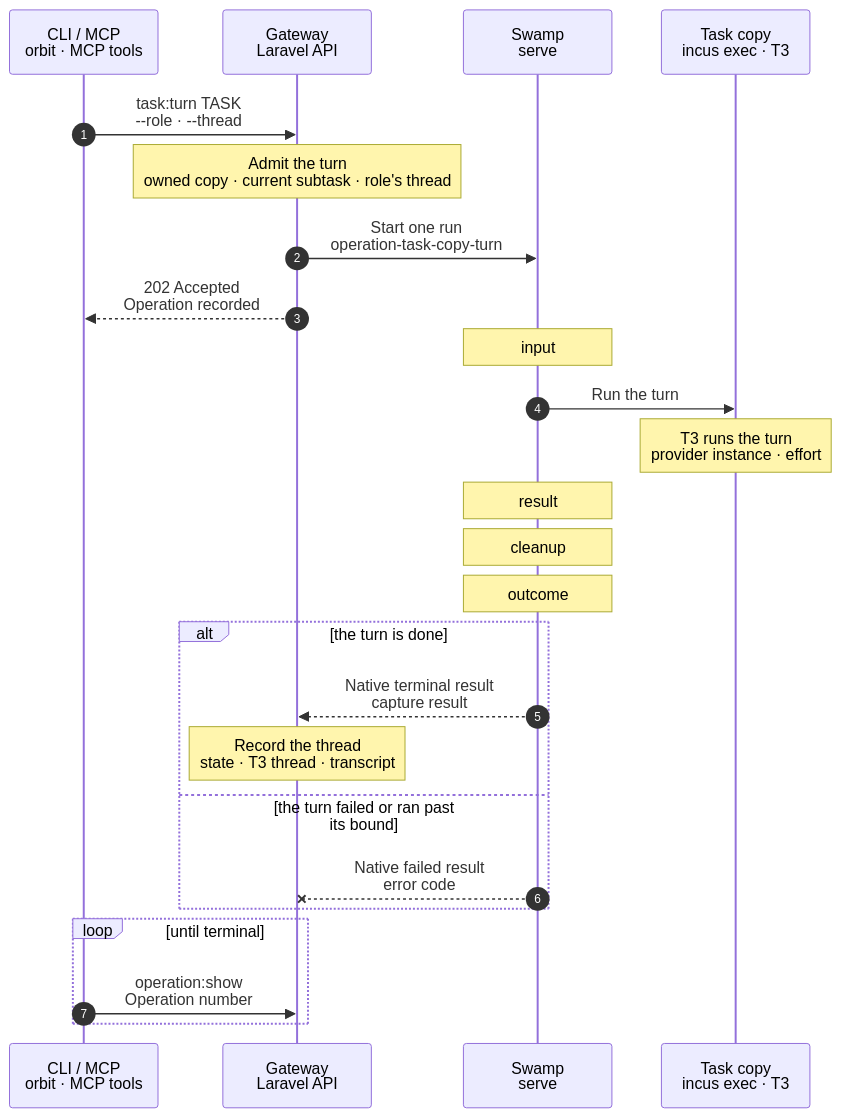
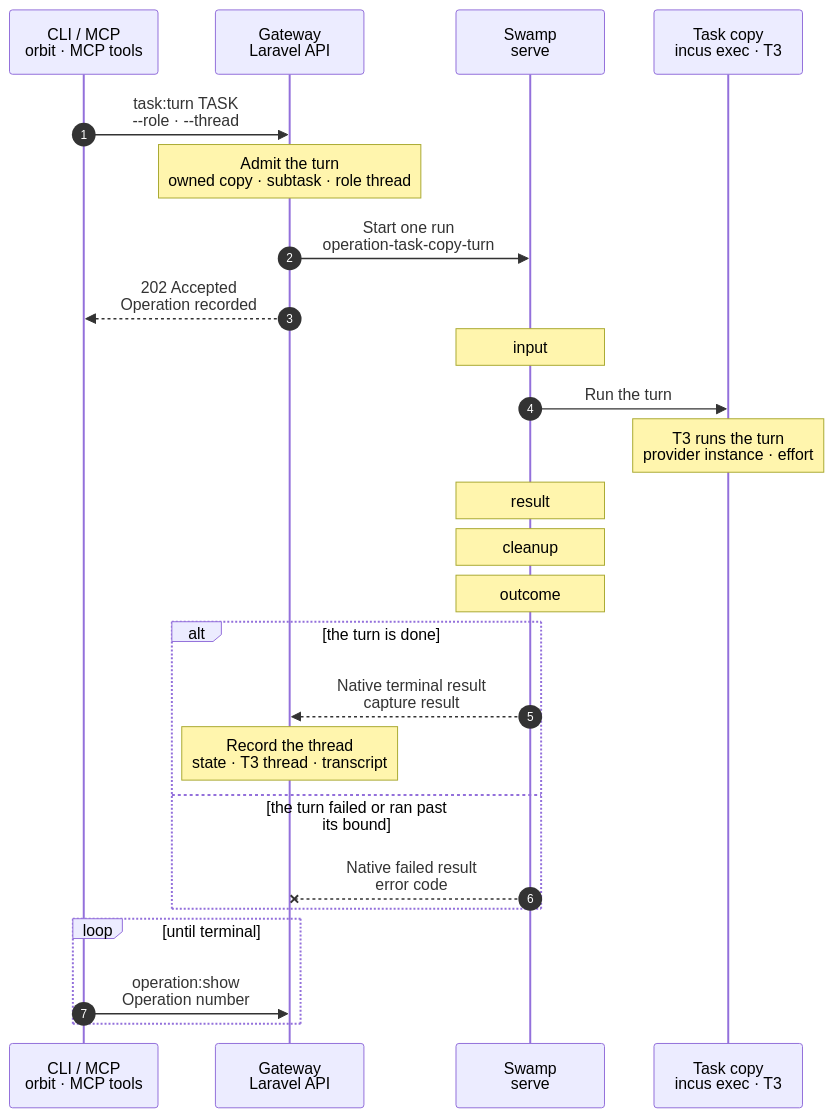
One commit to hardimpactdev/orbit changed the diagram in docs/cli/task/copy-turn.mmd. Above: the diagram before and after it, drawn with Mermaid.

Commit message:
docs(task): the copy-turn admit note fits the chart's line limit

```diff
--- a/docs/cli/task/copy-turn.mmd
+++ b/docs/cli/task/copy-turn.mmd
@@ -1,85 +1,85 @@
 sequenceDiagram
   %% Target design (orchestrator, 2026-11-13, plan A; 2026-11-14 one ongoing thread per role, continued by default, effort per role through T3 provider instances): a turn of a task that runs in a copy of its Project's default Instance. Swamp runs T3's own CLI in the copy as agent; stock T3 accepts only full-access MCP sessions it issues itself, so no T3 session leaves the container. The implementer and the reviewer each keep one T3 thread that later turns continue.
   %% status: draft
   %% command: task:turn
   %% kind: tasks.copy_turn
   autonumber
   %% lane CLI icon=terminal pill=caller tone=gray
   %% lane GW icon=gateway pill=intent tone=blue
   %% lane SW icon=workflow pill=executes tone=green
   %% lane N icon=server pill=target tone=amber
   participant CLI as CLI / MCP<br/>orbit · MCP tools
   participant GW as Gateway<br/>Laravel API
   participant SW as Swamp<br/>serve
   participant N as Task copy<br/>incus exec · T3
   CLI->>GW: task:turn TASK<br/>--role · --thread
   %%> Command:
   %%> - `orbit task:turn SUBTASK --role=implementer --prompt="Run Doctor and commit a note."`
   %%> - `orbit task:turn SUBTASK --role=implementer --prompt="Start over from the brief." --thread=new`
   %%> - `orbit task:turn SUBTASK --role=reviewer --prompt="Review the checked commit." --check=CHECK`
-  Note over GW: Admit the turn<br/>owned copy · current subtask · role's thread
+  Note over GW: Admit the turn<br/>owned copy · subtask · role thread
   %%> What it does:
   %%> - a group that owns a task copy, or whose Project has `nested_fleet` on, turns in its copy as `tasks.copy_turn`; every other group takes the task VM turn (`turn.mmd`). A nested-fleet group without a copy refuses here with `tasks.no_workspace`
   %%> - composes the prompt as for a task VM turn: the title, brief and deliverables of the subtask, then the caller's prompt. A reviewer's prompt also names the checked commit
   %%> - without `--thread`, the turn continues its role's thread: the implementer's thread of the current subtask, or the group's reviewer thread, when it is a `t3` thread of this copy. A role with no such thread starts one. `--thread=new` starts a new one; `--thread=ID` must name the thread the turn would continue
   %%> - a new thread records the driver `t3`, the copy's Node, the role's copy model (`ORBIT_TASKS_COPY_IMPLEMENTER_MODEL` or `ORBIT_TASKS_COPY_REVIEWER_MODEL`, each `claude-opus-5-5` by default) and the role's effort (`ORBIT_TASKS_IMPLEMENTER_EFFORT`, default `medium`, or `ORBIT_TASKS_REVIEWER_EFFORT`, default `high`). The T3 provider instance of that effort carries it, as `claudeMedium` or `claudeHigh`
   %%> - a continued thread keeps its model and effort: T3 keeps the thread's provider instance
   %%> - a reviewer turn names the subtask's checked candidate with `--check`, as on a task VM; the commit goes into the turn
   %%> - the intent names the copy's container, the T3 command, whether the turn starts or continues its thread, the provider instance and model, the candidate, the 3,600 s bound and a title that names the Orbit thread; no credential and no vault key
   %%> Requirements:
   %%> - the group owns its copy and the copy is `active`; otherwise `tasks.no_workspace` or `tasks.copy_not_ready`, and nothing is recorded
   %%> - an implementer or reviewer turn with no caller's model; a consult or `--model` answers `tasks.copy_turn_unsupported`
   %%> - `--thread=ID` names the role's thread that the turn would continue; otherwise `tasks.thread_role_mismatch`
   %%> - a reviewer's check is the subtask's checked candidate; otherwise `tasks.commit_not_checked`
   %%> - the role's copy model is a model name, and the role's effort is `low`, `medium`, `high`, `xhigh` or `max`; otherwise `tasks.copy_turn_model_invalid` or `tasks.copy_turn_effort_invalid`
   %%> - no other Operation of the group runs; otherwise `operation.target_busy`
   %%> - no earlier turn of the group may still run in the copy: the latest turn of each thread whose run started but whose result does not show T3's run over answers `tasks.copy_turn_unended` with its Operation in `details.operation_id`; a check of the copy refuses the same way, until `task:cancel`. One case passes: a turn that ended `waiting` for an answer does not hold a turn that continues its own thread, so the answer can be sent (that `t3 thread send` answers a waiting run is an assumption read from T3 0.1.7's CLI). A reviewer turn whose checkout is not restored holds the same way: its result is not over
   GW->>SW: Start one run<br/>operation-task-copy-turn
   GW-->>CLI: 202 Accepted<br/>Operation recorded
   %%> Result:
   %%> - follow the Operation while Swamp runs the turn
   Note over SW: input
   %%> What it does:
   %%> - writes the copy's container, the SSH target and the turn into the private run folder
   SW->>N: Run the turn
   %%> What it does:
   %%> - one Ansible phase on the copy's Node: `incus exec` into the copy, then `runuser -u agent`, non-login, with the agent's groups
   %%> - first one `true` in the copy: a copy the phase cannot reach fails before anything is launched, so its group stays free
   %%> - a continued turn first finds its T3 thread by its title with `t3 thread list`. A list that fails or is not JSON fails with `tasks.copy_turn_failed`; when T3 holds not exactly one thread of the title, the phase fails with `tasks.copy_thread_missing`. Nothing is launched
   %%> - a reviewer turn then requires a clean checkout on a branch, reads the branch's tip and checks the candidate out, detached; a checkout with changes fails with `tasks.copy_tree_dirty` before anything is launched. The detach mark is written as soon as the checkout is detached
   %%> - a new thread: `t3 thread start --provider --model --title --wait --json /srv/workspace -`; a continued one: `t3 thread send --wait --json THREAD -`. The prompt goes on stdin, bounded by `timeout` at 3,600 s
   %%> - `t3 thread list` finds the thread by its title, also when the bound cut the wait; `t3 thread show --json` reads it back. Each read is bounded at 60 s
   %%> - after a reviewer turn, also a failed or cut one, the phase discards what the reviewer changed and checks the branch out again, then reads that the checkout is clean, on its branch, and that the branch is at the tip read before the detach
   %%> - writes each evidence file as soon as its command ends: the thread found to continue, the reviewer's checkout, the detach mark, the launch mark, the start's end, the read, the restore; a cut phase still tells whether a turn was launched
   %%> - T3's CLI issues its own full-access session inside the copy and revokes it when it exits; the replies stay in the run folder, never in a log
   Note over N: T3 runs the turn<br/>provider instance · effort
   %%> What it does:
   %%> - the copy's T3 settings hold one `claudeAgent` provider instance per effort level, `claudeLow` to `claudeMax`, each with `CLAUDE_CODE_EFFORT_LEVEL` in its environment; the copy's create writes them
   %%> - Claude Code takes that variable over the `--effort` T3 passes, so the thread runs at its recorded effort: verified with Claude Code 2.1.311 and T3 0.1.7
   Note over SW: result
   %%> What it does:
   %%> - maps the run's status: `completed` is done, `waiting` asks for input, any other status fails with `tasks.turn_failed`, a cut wait fails with `tasks.turn_timeout`, a start that T3 refused fails with `tasks.copy_turn_failed`, a thread to continue that T3 does not hold fails with `tasks.copy_thread_missing`
   %%> - a reviewer turn with the detach mark and no restore that reads clean on its branch at its tip fails with `tasks.copy_review_unrestored`, whatever its run did, also when it failed or nothing was launched; the error keeps the run's own error
   %%> - keeps the message text of the thread, all its turns, redacted and bounded to 256 KiB with the newest kept; T3's CLI gives no tool items and no token use
   %%> - records whether the turn is over: nothing was launched, the start printed an end other than a wait for an answer, or T3 lists no thread of this title or lists it in no active state. An unrestored reviewer turn is never over, so it holds its group until `task:cancel`
   Note over SW: cleanup
   %%> What it does:
   %%> - removes the private run folder
   Note over SW: outcome
   %%> What it does:
   %%> - native assert: the turn is done
   alt the turn is done
     SW-->>GW: Native terminal result<br/>capture result
     Note over GW: Record the thread<br/>state · T3 thread · transcript
     %%> Result:
     %%> - the thread's state and error, T3's thread id as its external id, and the transcript in the Gateway's archive: `task:agent:show` reads it after the copy is gone
     %%> - token metrics stay null
   else the turn failed or ran past its bound
     SW--xGW: Native failed result<br/>error code
     %%> Result:
     %%> - the thread is `failed` with T3's status as its error, and the transcript T3 had
     %%> - a turn cut by its bound, a cancelled turn or a lost phase may still run in the copy: the stock CLI cannot stop a run. The group then refuses more turns and checks with `tasks.copy_turn_unended`; `task:cancel` destroys the copy, and the run ends with it
   end
   loop until terminal
     CLI->>GW: operation:show<br/>Operation number
   end
```
